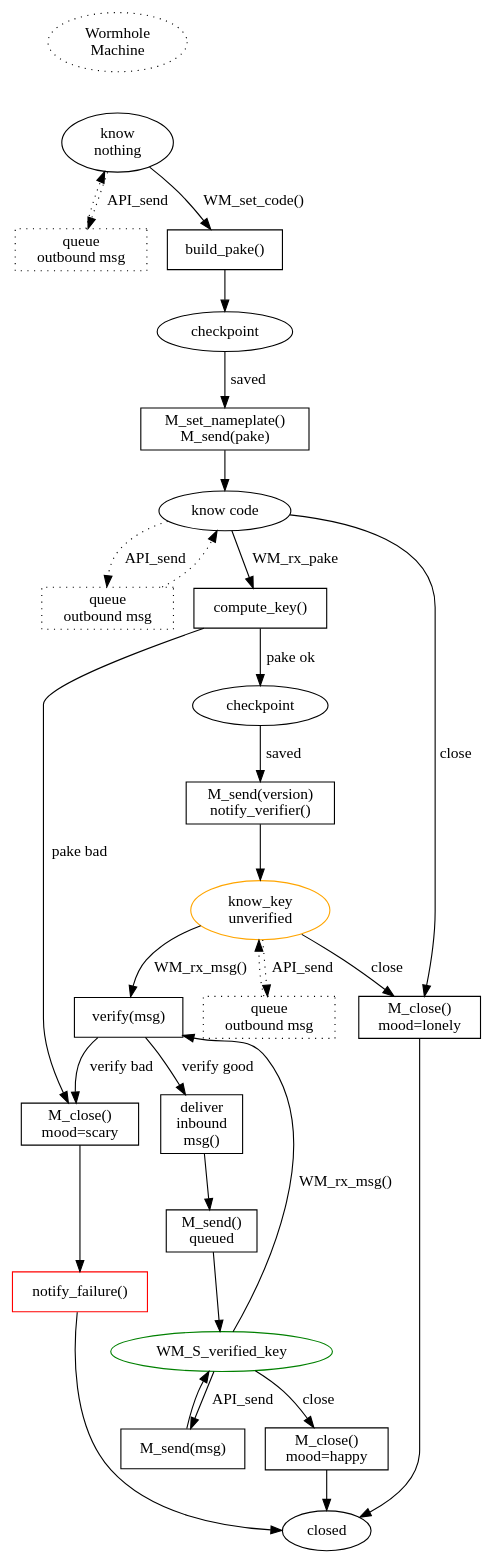
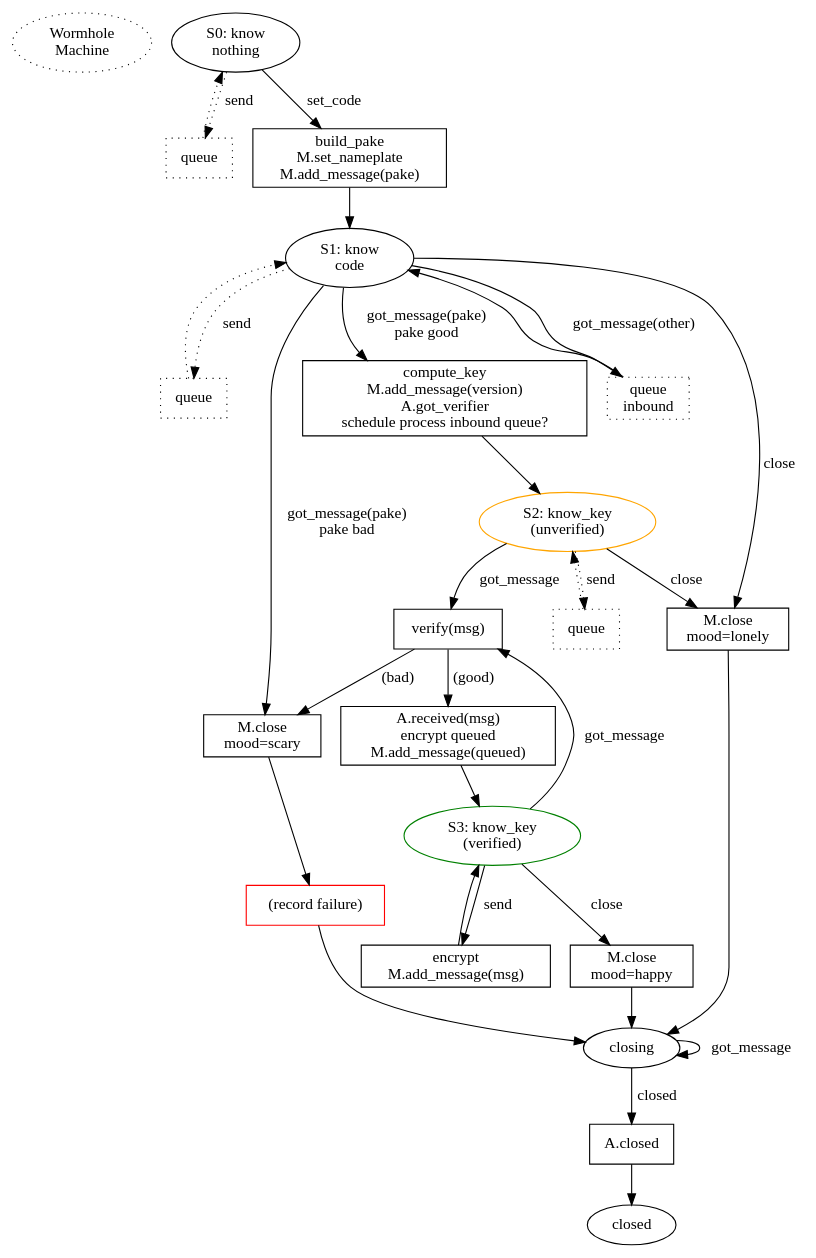
Before and after one commit to magic-wormhole/magic-wormhole: the diagram in docs/wormhole.dot, drawn with Graphviz. The commit also changed 1 other file, not shown here.

Commit message:
finish wormhole.dot

```diff
--- a/docs/wormhole.dot
+++ b/docs/wormhole.dot
@@ -1,82 +1,89 @@
 digraph {
 
         /* could shave a RTT by committing to the nameplate early, before
         finishing the rest of the code input. While the user is still
         typing/completing the code, we claim the nameplate, open the mailbox,
         and retrieve the peer's PAKE message. Then as soon as the user
         finishes entering the code, we build our own PAKE message, send PAKE,
         compute the key, send VERSION. Starting from the Return, this saves
         two round trips. OTOH it adds consequences to hitting Tab. */
 
-        WM_start [label="Wormhole\nMachine" style="dotted"]
-        WM_start -> WM_S_nothing [style="invis"]
+        start [label="Wormhole\nMachine" style="dotted"]
 
-        WM_S_nothing [label="know\nnothing"]
-        WM_S_nothing -> WM_P_queue1 [label="API_send" style="dotted"]
-        WM_P_queue1 [shape="box" style="dotted" label="queue\noutbound msg"]
-        WM_P_queue1 -> WM_S_nothing [style="dotted"]
-        WM_S_nothing -> WM_P_build_pake [label="WM_set_code()"]
+        S0 [label="S0: know\nnothing"]
+        S0 -> P0_queue [label="send" style="dotted"]
+        P0_queue [shape="box" style="dotted" label="queue"]
+        P0_queue -> S0 [style="dotted"]
+        S0 -> P0_build [label="set_code"]
 
-        WM_P_build_pake [shape="box" label="build_pake()"]
-        WM_P_build_pake -> WM_S_save_pake
-        WM_S_save_pake [label="checkpoint"]
-        WM_S_save_pake -> WM_P_post_pake [label="saved"]
+        P0_build [shape="box" label="build_pake\nM.set_nameplate\nM.add_message(pake)"]
+        P0_build -> S1
+        S1 [label="S1: know\ncode"]
+        S1 -> P1_queue [label="send" style="dotted"]
+        P1_queue [shape="box" style="dotted" label="queue"]
+        P1_queue -> S1 [style="dotted"]
 
-        WM_P_post_pake [label="M_set_nameplate()\nM_send(pake)" shape="box"]
-        WM_P_post_pake -> WM_S_know_code
+        /* the Mailbox will deliver each message exactly once, but doesn't
+        guarantee ordering: if Alice starts the process, then disconnects,
+        then Bob starts (reading PAKE, sending both his PAKE and his VERSION
+        phase), then Alice will see both PAKE and VERSION on her next
+        connect, and might get the VERSION first.
 
-        WM_S_know_code [label="know code\n"]
-        WM_S_know_code -> WM_P_queue2 [label="API_send" style="dotted"]
-        WM_P_queue2 [shape="box" style="dotted" label="queue\noutbound msg"]
-        WM_P_queue2 -> WM_S_know_code [style="dotted"]
-        WM_S_know_code -> WM_P_compute_key [label="WM_rx_pake"]
-        WM_S_know_code -> WM_P_mood_lonely [label="close"]
+        The Wormhole will queue inbound messages that it isn't ready for. The
+        wormhole shim that lets applications do w.get(phase=) must do
+        something similar, queueing inbound messages until it sees one for
+        the phase it currently cares about.*/
 
-        WM_P_compute_key [label="compute_key()" shape="box"]
-        WM_P_compute_key -> WM_P_save_key [label="pake ok"]
-        WM_P_save_key [label="checkpoint"]
-        WM_P_save_key -> WM_P_post_version [label="saved"]
-        WM_P_compute_key -> WM_P_mood_scary [label="pake bad"]
+        S1 -> P_mood_scary [label="got_message(pake)\npake bad"]
+        S1 -> P1_compute [label="got_message(pake)\npake good"]
+        S1 -> P1_queue_inbound [label="got_message(other)"]
+        P1_queue_inbound [shape="box" style="dotted" label="queue\ninbound"]
+        P1_queue_inbound -> S1
+        S1 -> P_mood_lonely [label="close"]
 
-        WM_P_mood_scary [shape="box" label="M_close()\nmood=scary"]
-        WM_P_mood_scary -> WM_P_notify_failure
+        P1_compute [label="compute_key\nM.add_message(version)\nA.got_verifier\nschedule process inbound queue?" shape="box"]
+        P1_compute -> S2
 
-        WM_P_notify_failure [shape="box" label="notify_failure()" color="red"]
-        WM_P_notify_failure -> WM_S_closed
+        P_mood_scary [shape="box" label="M.close\nmood=scary"]
+        P_mood_scary -> P_notify_failure
 
-        WM_P_post_version [label="M_send(version)\nnotify_verifier()" shape="box"]
-        WM_P_post_version -> WM_S_know_key
+        P_notify_failure [shape="box" label="(record failure)" color="red"]
+        P_notify_failure -> S_closing
 
-        WM_S_know_key [label="know_key\nunverified" color="orange"]
-        WM_S_know_key -> WM_P_queue3 [label="API_send" style="dotted"]
-        WM_P_queue3 [shape="box" style="dotted" label="queue\noutbound msg"]
-        WM_P_queue3 -> WM_S_know_key [style="dotted"]
-        WM_S_know_key -> WM_P_verify [label="WM_rx_msg()"] /* version or phase */
-        WM_S_know_key -> WM_P_mood_lonely [label="close"] /* more like impatient */
+        S2 [label="S2: know_key\n(unverified)" color="orange"]
+        S2 -> P_queue3 [label="send" style="dotted"]
+        P_queue3 [shape="box" style="dotted" label="queue"]
+        P_queue3 -> S2 [style="dotted"]
+        S2 -> P_verify [label="got_message"] /* version or phase */
+        S2 -> P_mood_lonely [label="close"] /* more like impatient */
 
-        WM_P_verify [label="verify(msg)" shape="box"]
-        WM_P_verify -> WM_P_accept_msg [label="verify good"]
-        WM_P_verify -> WM_P_mood_scary [label="verify bad"]
+        P_verify [label="verify(msg)" shape="box"]
+        P_verify -> P_accept_msg [label="(good)"]
+        P_verify -> P_mood_scary [label="(bad)"]
 
-        WM_P_accept_msg [label="deliver\ninbound\nmsg()" shape="box"]
-        WM_P_accept_msg -> WM_P_send_queued
+        P_accept_msg [label="A.received(msg)\nencrypt queued\nM.add_message(queued)"
+                      shape="box"]
+        P_accept_msg -> S3
 
-        WM_P_send_queued [shape="box" label="M_send()\nqueued"]
-        WM_P_send_queued -> WM_S_verified_key
+        S3 [label="S3: know_key\n(verified)" color="green"]
+        S3 -> P_verify [label="got_message"] /* probably phase */
+        S3 -> P_mood_happy [label="close"]
+        S3 -> P_send [label="send"]
 
-        WM_S_verified_key [color="green"]
-        WM_S_verified_key -> WM_P_verify [label="WM_rx_msg()"] /* probably phase */
-        WM_S_verified_key -> WM_P_mood_happy [label="close"]
-        WM_S_verified_key -> WM_P_send [label="API_send"]
+        P_mood_happy [shape="box" label="M.close\nmood=happy"]
+        P_mood_happy -> S_closing
 
-        WM_P_mood_happy [shape="box" label="M_close()\nmood=happy"]
-        WM_P_mood_happy -> WM_S_closed
+        P_mood_lonely [shape="box" label="M.close\nmood=lonely"]
+        P_mood_lonely -> S_closing
 
-        WM_P_mood_lonely [shape="box" label="M_close()\nmood=lonely"]
-        WM_P_mood_lonely -> WM_S_closed
+        P_send [shape="box" label="encrypt\nM.add_message(msg)"]
+        P_send -> S3
 
-        WM_P_send [shape="box" label="M_send(msg)"]
-        WM_P_send -> WM_S_verified_key
+        S_closing [label="closing"]
+        S_closing -> P_closed [label="closed"]
+        S_closing -> S_closing [label="got_message"]
 
-        WM_S_closed [label="closed"]
+        P_closed [shape="box" label="A.closed"]
+        P_closed -> S_closed
+        S_closed [label="closed"]
 }
```
